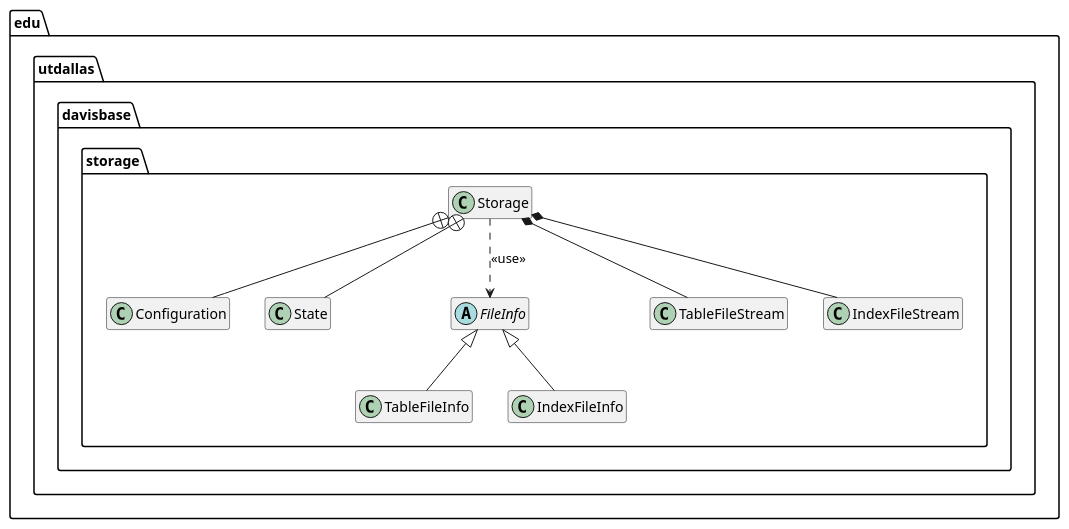
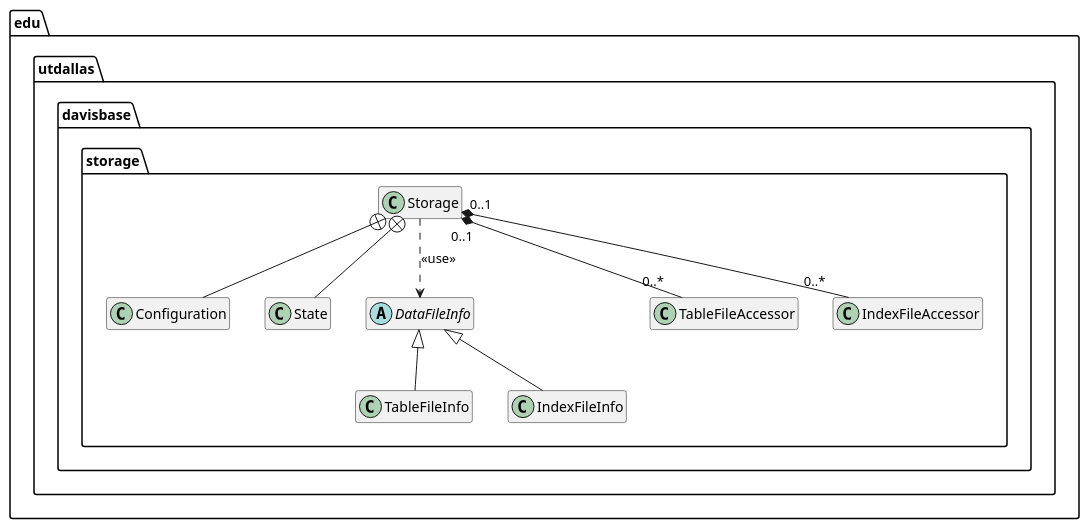
The diagram in docs/architecture/edu.utdallas.davisbase.storage.puml (travisclagrone/DavisBase), drawn with PlantUML before and after one commit. The commit also changed 3 other files, not shown here.

Commit message:
Draft architecture for data file accessor

```diff
--- a/docs/architecture/edu.utdallas.davisbase.storage.puml
+++ b/docs/architecture/edu.utdallas.davisbase.storage.puml
@@ -1,42 +1,37 @@
-@startuml Storage
+@startuml edu.utdallas.davisbase.storage
 
 package edu.utdallas.davisbase.storage {
 
   class Storage
 
   together {
     Storage +-- Configuration
     class Configuration
 
     Storage +-- State
     class State
   }
 
   together {
-    Storage ..> FileInfo : <<use>>
-    abstract FileInfo
+    Storage ..> DataFileInfo : <<use>>
+    abstract DataFileInfo
 
-    FileInfo <|-- TableFileInfo
+    DataFileInfo <|-- TableFileInfo
     class TableFileInfo
 
-    FileInfo <|-- IndexFileInfo
+    DataFileInfo <|-- IndexFileInfo
     class IndexFileInfo
   }
 
   together {
-    Storage *-- TableFileStream
-    class TableFileStream {
-      ' TODO
-    }
+    Storage "0..1" *-- "0..*" TableFileAccessor
+    class TableFileAccessor
 
-    Storage *-- IndexFileStream
-    class IndexFileStream {
-      ' TODO
-    }
+    Storage "0..1" *-- "0..*" IndexFileAccessor
+    class IndexFileAccessor
   }
-
 }
 
 hide members
 
 @enduml
```
